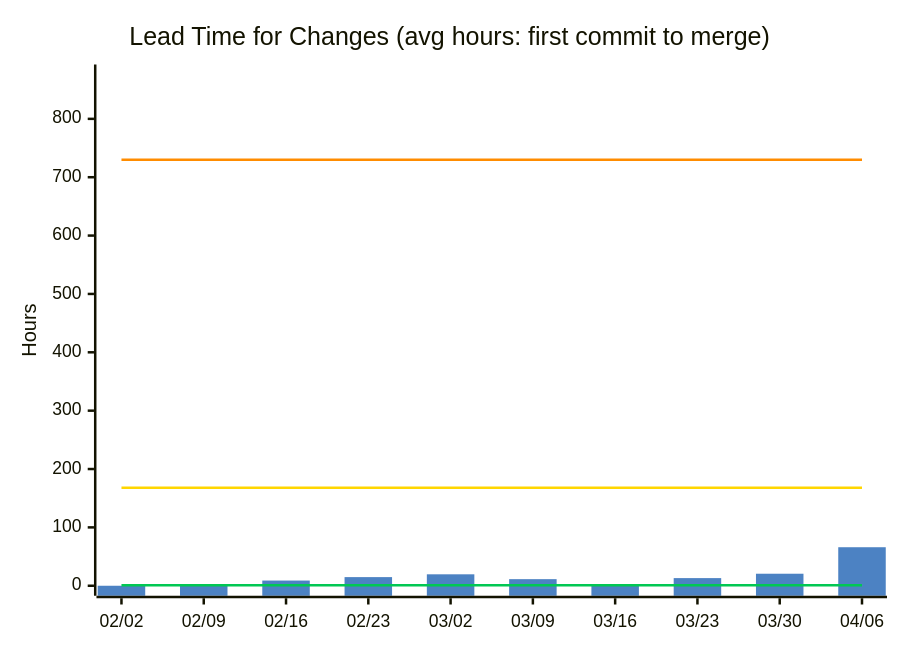
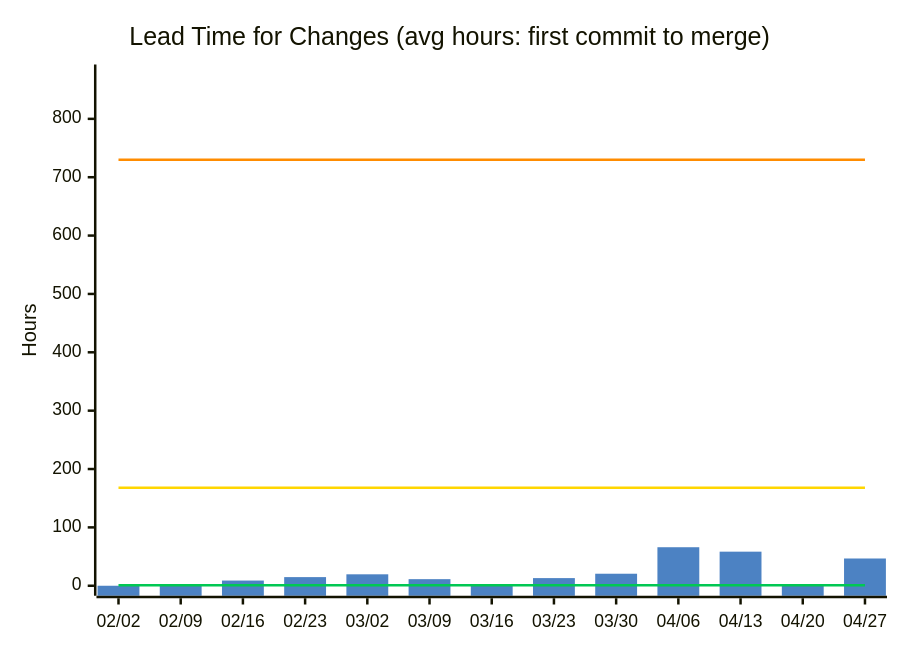
The second of 14 diagrams in docs/metrics.md (nablarch/nabledge-dev), drawn with Mermaid before and after one commit. The commit also changed other lines of this file and 2 other files, not shown here.

````diff
--- a/docs/metrics.md
+++ b/docs/metrics.md
@@ -49,11 +49,11 @@
 ```mermaid
 %%{init: {'theme': 'base', 'themeVariables': {'xyChart': {'plotColorPalette': '#4C82C3,#00C853,#FFD600,#FF8C00'}}}}%%
 xychart-beta
   title "Lead Time for Changes (avg hours: first commit to merge)"
-  x-axis ["02/02", "02/09", "02/16", "02/23", "03/02", "03/09", "03/16", "03/23", "03/30", "04/06"]
+  x-axis ["02/02", "02/09", "02/16", "02/23", "03/02", "03/09", "03/16", "03/23", "03/30", "04/06", "04/13", "04/20", "04/27"]
   y-axis "Hours" 0 --> 876
-  bar [0, 2.7, 8.9, 14.8, 19.6, 11.3, 0, 13.1, 20.6, 66]
-  line [1, 1, 1, 1, 1, 1, 1, 1, 1, 1]
-  line [168, 168, 168, 168, 168, 168, 168, 168, 168, 168]
-  line [730, 730, 730, 730, 730, 730, 730, 730, 730, 730]
+  bar [0, 2.7, 8.9, 14.8, 19.6, 11.3, 0, 13.1, 20.6, 66, 58.4, 0.1, 46.7]
+  line [1, 1, 1, 1, 1, 1, 1, 1, 1, 1, 1, 1, 1]
+  line [168, 168, 168, 168, 168, 168, 168, 168, 168, 168, 168, 168, 168]
+  line [730, 730, 730, 730, 730, 730, 730, 730, 730, 730, 730, 730, 730]
 ```
````
